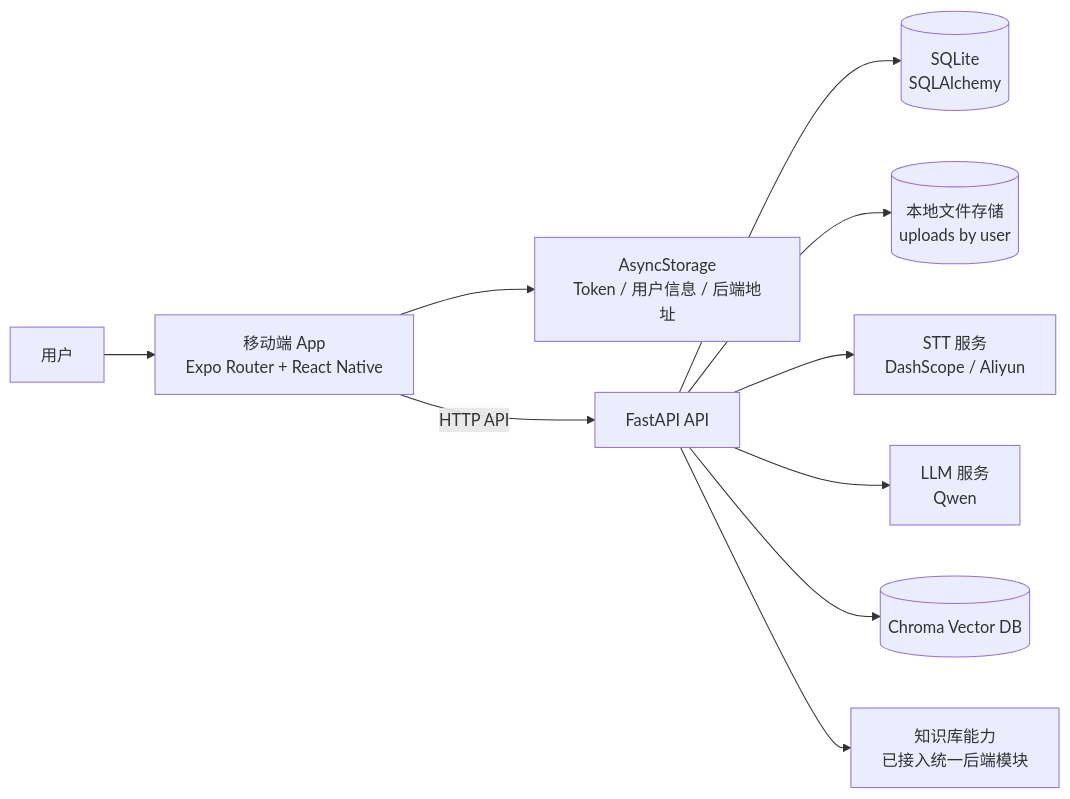
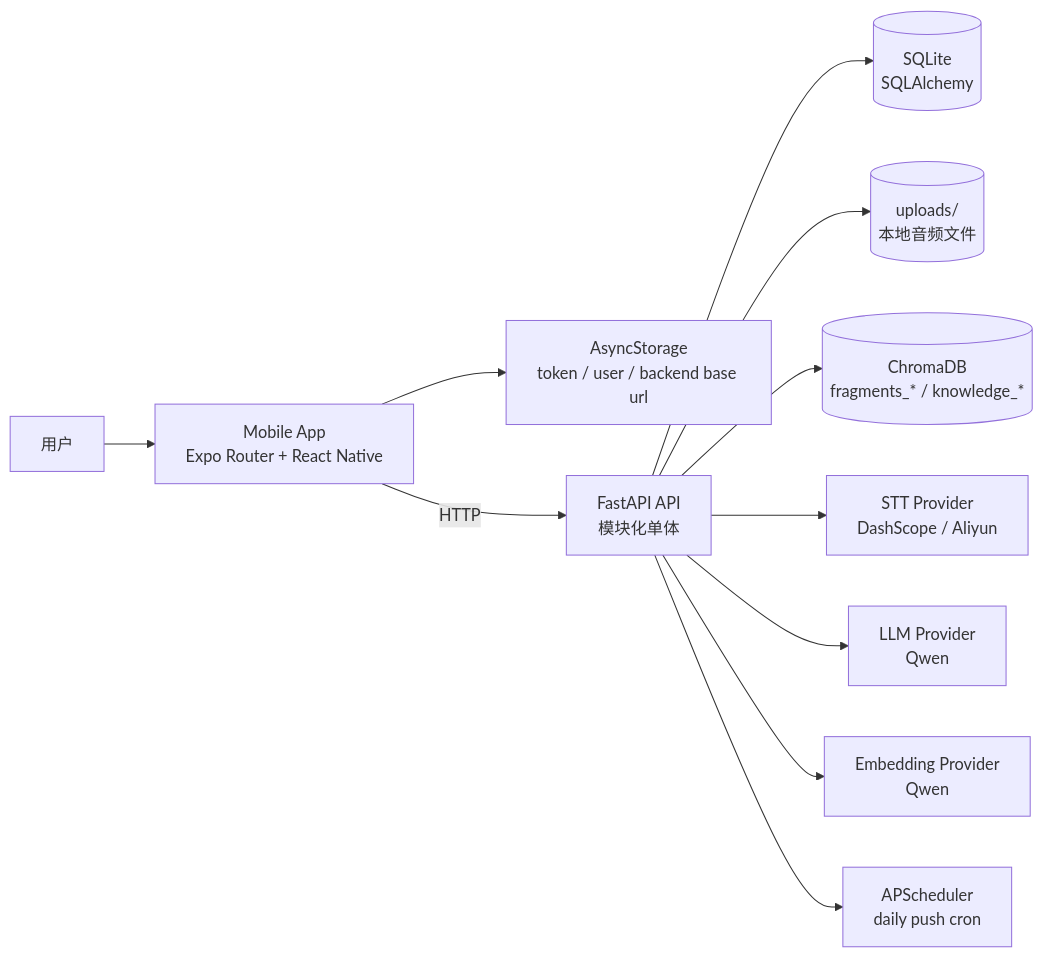
Before and after one commit to YCZA2/SparkFlow: the first of 7 diagrams in memory-bank/architecture.md, drawn with Mermaid. The commit also changed other lines of this file and 11 other files, not shown here.

````diff
--- a/memory-bank/architecture.md
+++ b/memory-bank/architecture.md
@@ -7,24 +9,25 @@
 ```mermaid
 flowchart LR
-    U[用户]
-    M[移动端 App<br>Expo Router + React Native]
-    A[AsyncStorage<br>Token / 用户信息 / 后端地址]
-    B[FastAPI API]
-    DB[(SQLite<br>SQLAlchemy)]
-    FS[(本地文件存储<br>uploads by user)]
-    STT[STT 服务<br>DashScope / Aliyun]
-    LLM[LLM 服务<br>Qwen]
-    VDB[(Chroma Vector DB)]
-    K[知识库能力<br>已接入统一后端模块]
+    U["用户"]
+    M["Mobile App<br/>Expo Router + React Native"]
+    S["AsyncStorage<br/>token / user / backend base url"]
+    API["FastAPI API<br/>模块化单体"]
+    DB[("SQLite<br/>SQLAlchemy")]
+    FS[("uploads/<user_id><br/>本地音频文件")]
+    CHROMA[("ChromaDB<br/>fragments_* / knowledge_*")]
+    STT["STT Provider<br/>DashScope / Aliyun"]
+    LLM["LLM Provider<br/>Qwen"]
+    EMB["Embedding Provider<br/>Qwen"]
+    SCH["APScheduler<br/>daily push cron"]
 
     U --> M
-    M --> A
-    M -->|HTTP API| B
-
-    B --> DB
-    B --> FS
-    B --> STT
-    B --> LLM
-    B --> VDB
-    B --> K
+    M --> S
+    M -->|HTTP| API
+    API --> DB
+    API --> FS
+    API --> CHROMA
+    API --> STT
+    API --> LLM
+    API --> EMB
+    API --> SCH
 ```
````
